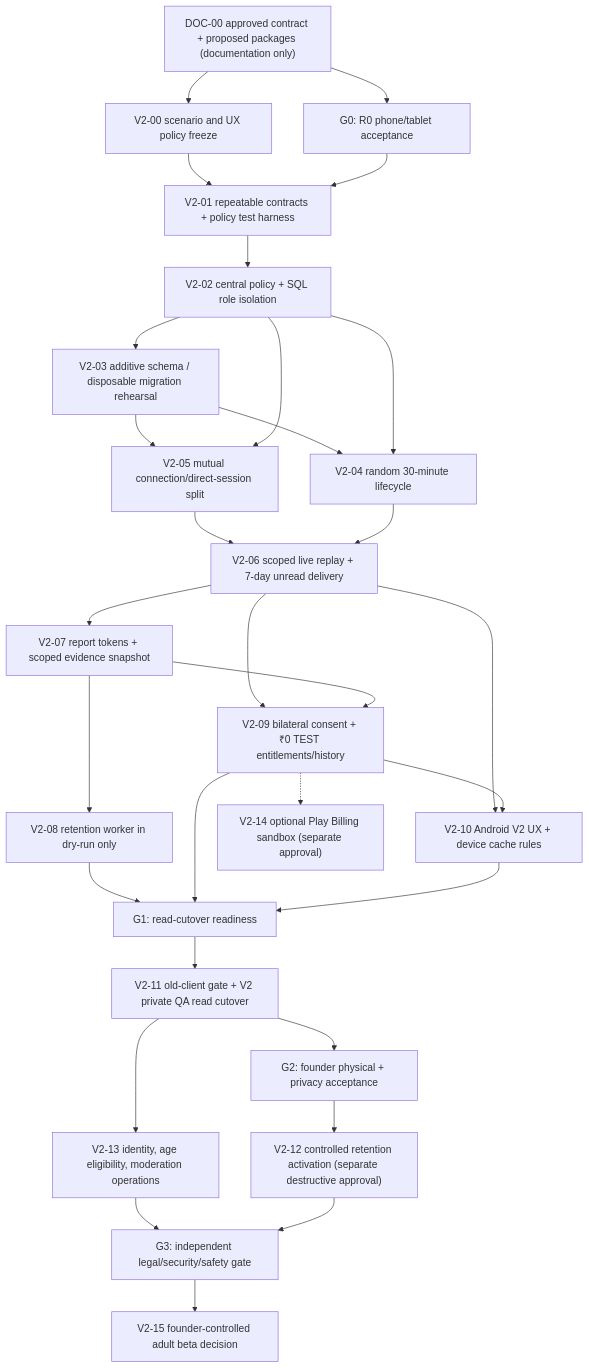
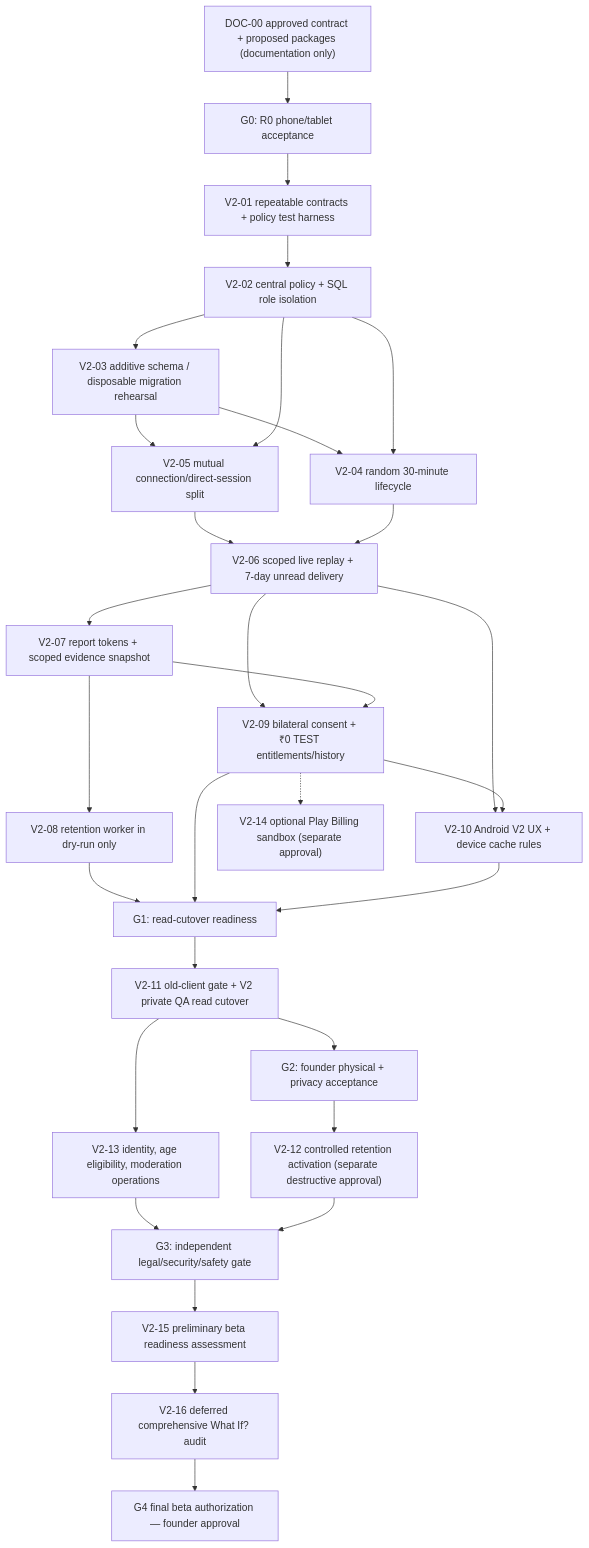
One commit to rayadinaveen98-ship-it/bridge changed the diagram in docs/engineering/V2_IMPLEMENTATION_PACKAGES.md. Above: the diagram before and after it, drawn with Mermaid. The commit also changed other lines of this file, not shown here.

Commit message:
docs(roadmap): defer comprehensive what-if gate to V2-16 after core stages

````diff
--- a/docs/engineering/V2_IMPLEMENTATION_PACKAGES.md
+++ b/docs/engineering/V2_IMPLEMENTATION_PACKAGES.md
@@ -47,32 +35,32 @@
 ```mermaid
 flowchart TD
  D["DOC-00 approved contract + proposed packages (documentation only)"] --> R["G0: R0 phone/tablet acceptance"]
- D --> W["V2-00 scenario and UX policy freeze"]
- W --> P1["V2-01 repeatable contracts + policy test harness"]
- R --> P1
+ R --> P1["V2-01 repeatable contracts + policy test harness"]
  P1 --> P2["V2-02 central policy + SQL role isolation"]
  P2 --> P3["V2-03 additive schema / disposable migration rehearsal"]
  P3 --> P4["V2-04 random 30-minute lifecycle"]
  P3 --> P5["V2-05 mutual connection/direct-session split"]
  P2 --> P4
  P2 --> P5
  P5 --> P6["V2-06 scoped live replay + 7-day unread delivery"]
  P4 --> P6
  P6 --> P7["V2-07 report tokens + scoped evidence snapshot"]
  P7 --> P8["V2-08 retention worker in dry-run only"]
  P6 --> P9["V2-09 bilateral consent + ₹0 TEST entitlements/history"]
  P7 --> P9
  P6 --> P10["V2-10 Android V2 UX + device cache rules"]
  P9 --> P10
  P8 --> G1["G1: read-cutover readiness"]
  P9 --> G1
  P10 --> G1
  G1 --> P11["V2-11 old-client gate + V2 private QA read cutover"]
  P11 --> G2["G2: founder physical + privacy acceptance"]
  G2 --> P12["V2-12 controlled retention activation (separate destructive approval)"]
  P11 --> P13["V2-13 identity, age eligibility, moderation operations"]
  P13 --> G3["G3: independent legal/security/safety gate"]
  P12 --> G3
- G3 --> P15["V2-15 founder-controlled adult beta decision"]
+ G3 --> P15["V2-15 preliminary beta readiness assessment"]
+ P15 --> W["V2-16 deferred comprehensive What If? audit"]
+ W --> G4["G4 final beta authorization — founder approval"]
  P9 -.-> P14["V2-14 optional Play Billing sandbox (separate approval)"]
 ```
````
